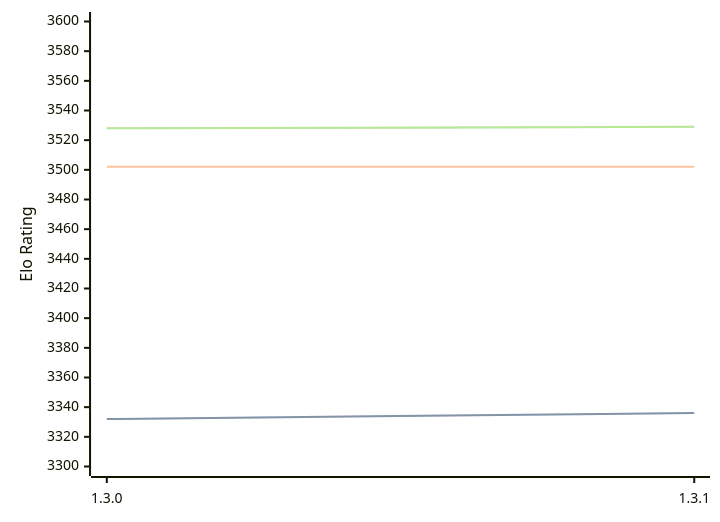
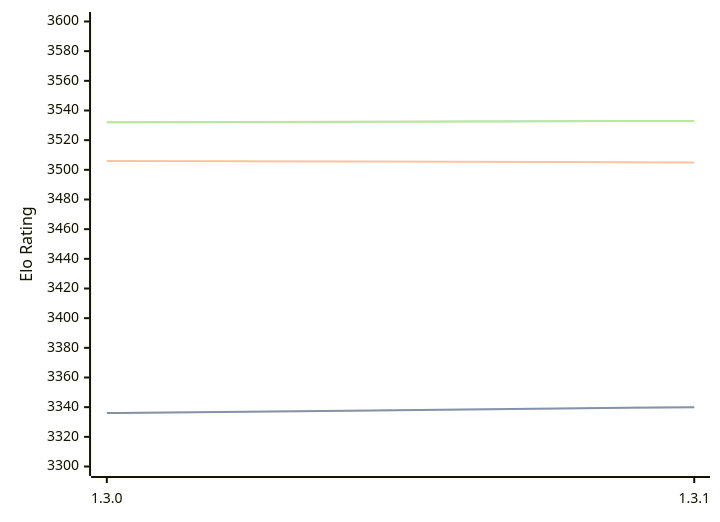
One commit to computer-chess-index/cci changed the diagram in engines/Renegade.md. Above: the diagram before and after it, drawn with Mermaid. The commit also changed other lines of this file, not shown here.

Commit message:
Update CCI Ratings (ELO VLTC) - 2026-08-18

````diff
--- a/engines/Renegade.md
+++ b/engines/Renegade.md
@@ -33,11 +33,11 @@
 ```mermaid
 %%{init: {"theme":"base","themeVariables":{"seriesColors:['#a3a3a3','#222221','#faa371']}}}%%
 xychart-beta
   x-axis ["1.3.0", "1.3.1"]
   y-axis "Elo Rating" 3300 --> 3600
-  line "STC (8.0+0.08s)" [3332, 3336]
-  line "STC (8.0+0.08s)" [3332, 3336]
-  line "LTC (60.0+0.60s)" [3502, 3502]
-  line "VLTC (2m24s+1.12s)" [3528, 3529]
-  line "VLTC (2m24s+1.12s)" [3528, 3529]
+  line "STC (8.0+0.08s)" [3336, 3340]
+  line "STC (8.0+0.08s)" [3336, 3340]
+  line "LTC (60.0+0.60s)" [3506, 3505]
+  line "VLTC (2m24s+1.12s)" [3532, 3533]
+  line "VLTC (2m24s+1.12s)" [3532, 3533]
 ```
````
